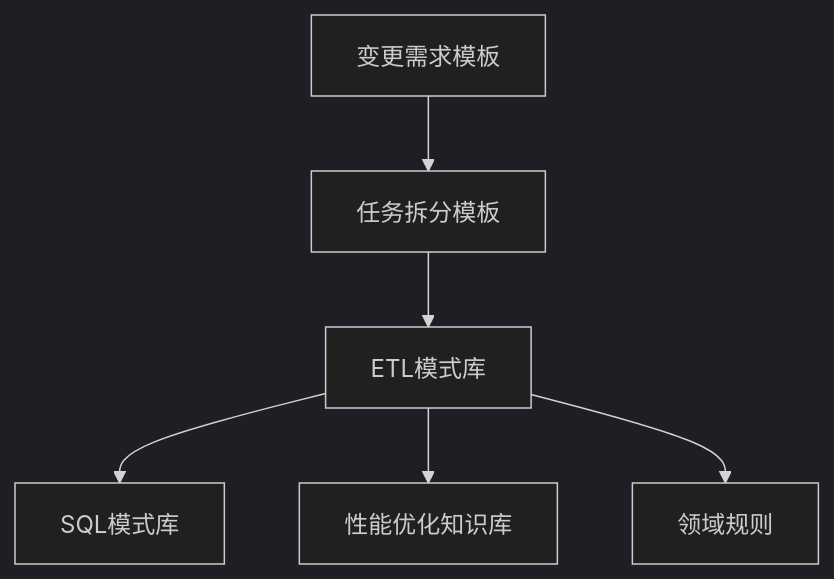
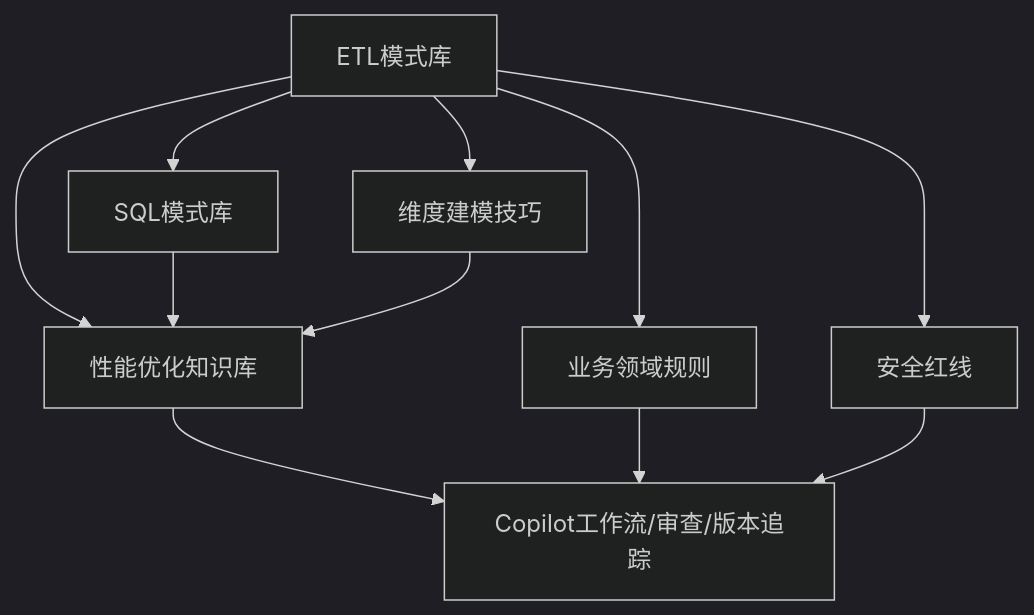
Before and after one commit to 13679659643/Data_Warehouse_Engineering: diagram 12 of 12 in .qoder/repowiki/zh/content/知识库系统/ETL模式库.md, drawn with Mermaid (dark theme). The commit also changed other lines of this file and 88 other files, not shown here.

````diff
--- a/.qoder/repowiki/zh/content/知识库系统/ETL模式库.md
+++ b/.qoder/repowiki/zh/content/知识库系统/ETL模式库.md
@@ -459,14 +414,13 @@
 ```mermaid
 graph TB
-ETL["ETL模式库"]
-SQLP["SQL模式库"]
-PERF["性能优化知识库"]
-DOMAIN["领域规则"]
-SPEC["变更需求模板"]
-TASKS["任务拆分模板"]
-ETL --> SQLP
-ETL --> PERF
-ETL --> DOMAIN
-SPEC --> TASKS
-TASKS --> ETL
+ETL["ETL模式库"] --> SQLP["SQL模式库"]
+ETL --> PERF["性能优化知识库"]
+ETL --> DIM["维度建模技巧"]
+ETL --> RULES["业务领域规则"]
+ETL --> SEC["安全红线"]
+SQLP --> PERF
+DIM --> PERF
+PERF --> AG["Copilot工作流/审查/版本追踪"]
+RULES --> AG
+SEC --> AG
 ```
````
